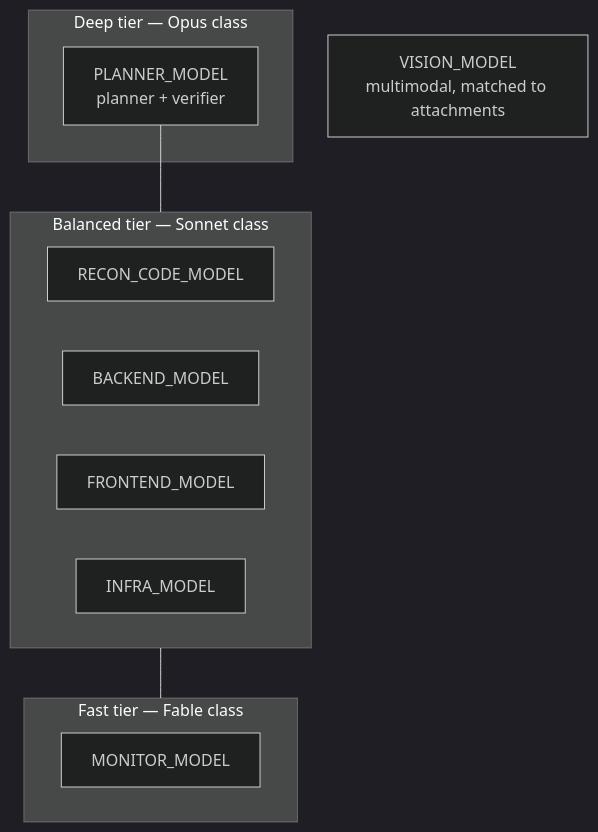
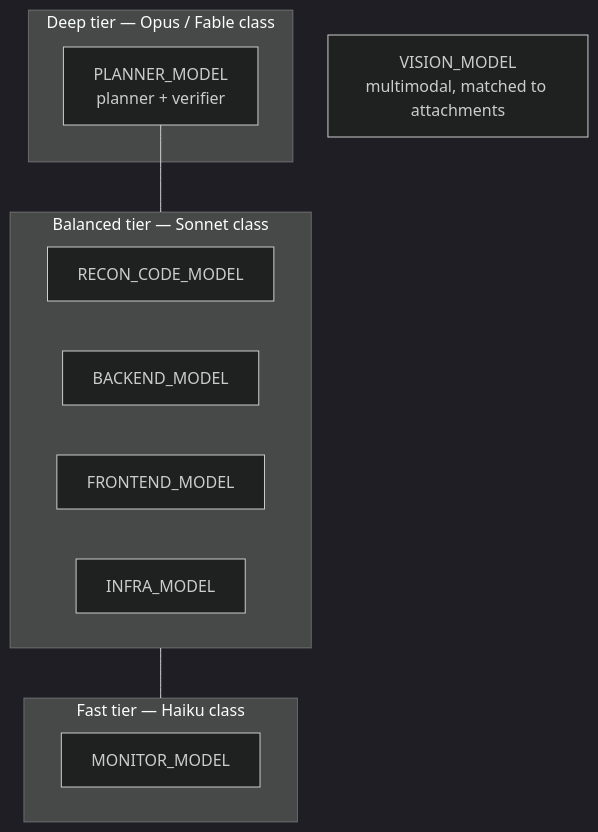
One commit to CodeStrux/relay-mesh changed the second of 2 diagrams in site-relay-mesh-docs/Steering Models Across Phases.md. Above: the diagram before and after it, drawn with Mermaid (dark theme). The commit also changed other lines of this file and 2 other files, not shown here.

First line of the commit message:
docs: correct model tiering — Fable 5 is the flagship tier, Haiku 4.5 is the cheap/fast tier

````diff
--- a/site-relay-mesh-docs/Steering Models Across Phases.md
+++ b/site-relay-mesh-docs/Steering Models Across Phases.md
@@ -63,18 +64,18 @@
 ```mermaid
 flowchart TD
-    subgraph DEEP["Deep tier — Opus class"]
+    subgraph DEEP["Deep tier — Opus / Fable class"]
         PL["PLANNER_MODEL<br/>planner + verifier"]
     end
     subgraph BAL["Balanced tier — Sonnet class"]
         RC["RECON_CODE_MODEL"]
         BE["BACKEND_MODEL"]
         FE["FRONTEND_MODEL"]
         IN["INFRA_MODEL"]
     end
-    subgraph FAST["Fast tier — Fable class"]
+    subgraph FAST["Fast tier — Haiku class"]
         MO["MONITOR_MODEL"]
     end
     VI["VISION_MODEL<br/>multimodal, matched to attachments"]
     PL --- BAL
     BAL --- FAST
 ```
````
